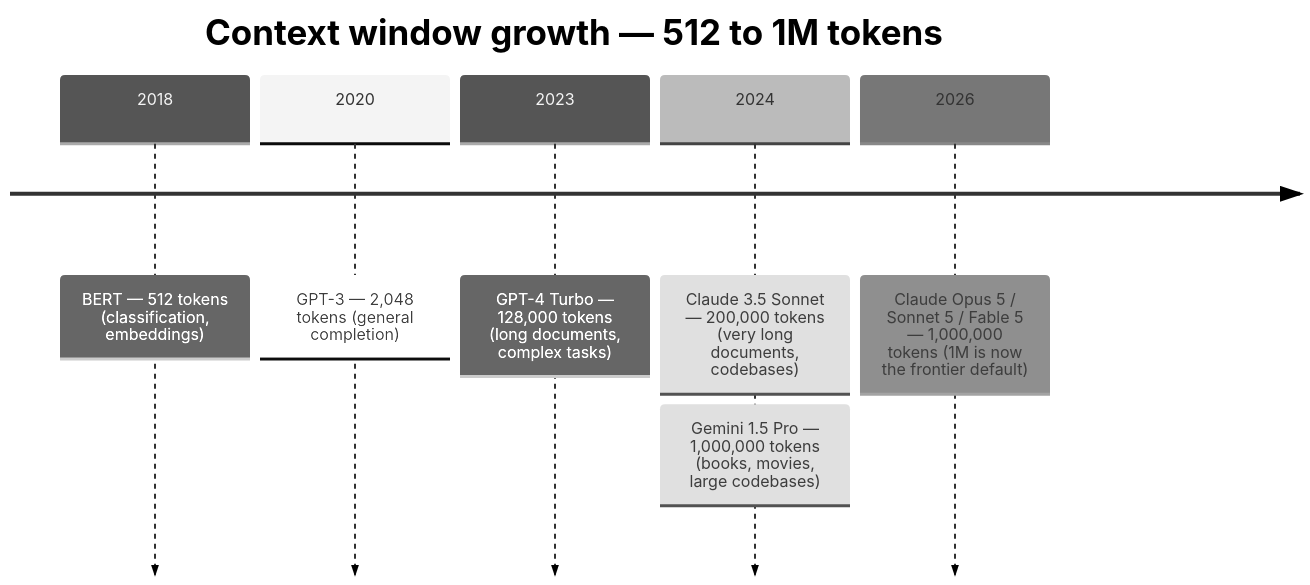
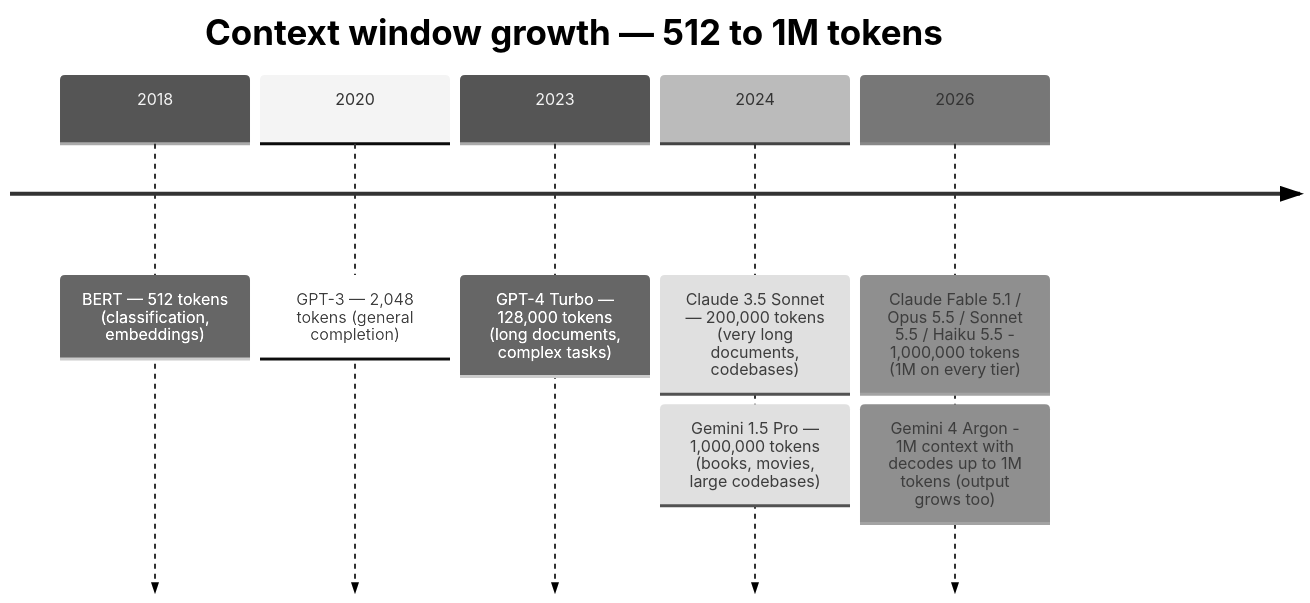
Before and after one commit to rppol/system-design: the first of 3 diagrams in src/main/java/com/rutik/systemdesign/llm/context_windows_and_long_context/context_windows_and_long_context.md, drawn with Mermaid (neutral theme). The commit also changed other lines of this file and 655 other files, not shown here.

````diff
--- a/src/main/java/com/rutik/systemdesign/llm/context_windows_and_long_context/context_windows_and_long_context.md
+++ b/src/main/java/com/rutik/systemdesign/llm/context_windows_and_long_context/context_windows_and_long_context.md
@@ -371,10 +371,11 @@
 ```mermaid
 timeline
     title Context window growth — 512 to 1M tokens
     2018 : BERT — 512 tokens (classification, embeddings)
     2020 : GPT-3 — 2,048 tokens (general completion)
     2023 : GPT-4 Turbo — 128,000 tokens (long documents, complex tasks)
     2024 : Claude 3.5 Sonnet — 200,000 tokens (very long documents, codebases)
          : Gemini 1.5 Pro — 1,000,000 tokens (books, movies, large codebases)
-    2026 : Claude Opus 5 / Sonnet 5 / Fable 5 — 1,000,000 tokens (1M is now the frontier default)
+    2026 : Claude Fable 5.1 / Opus 5.5 / Sonnet 5.5 / Haiku 5.5 - 1,000,000 tokens (1M on every tier)
+         : Gemini 4 Argon - 1M context with decodes up to 1M tokens (output grows too)
 ```
````
